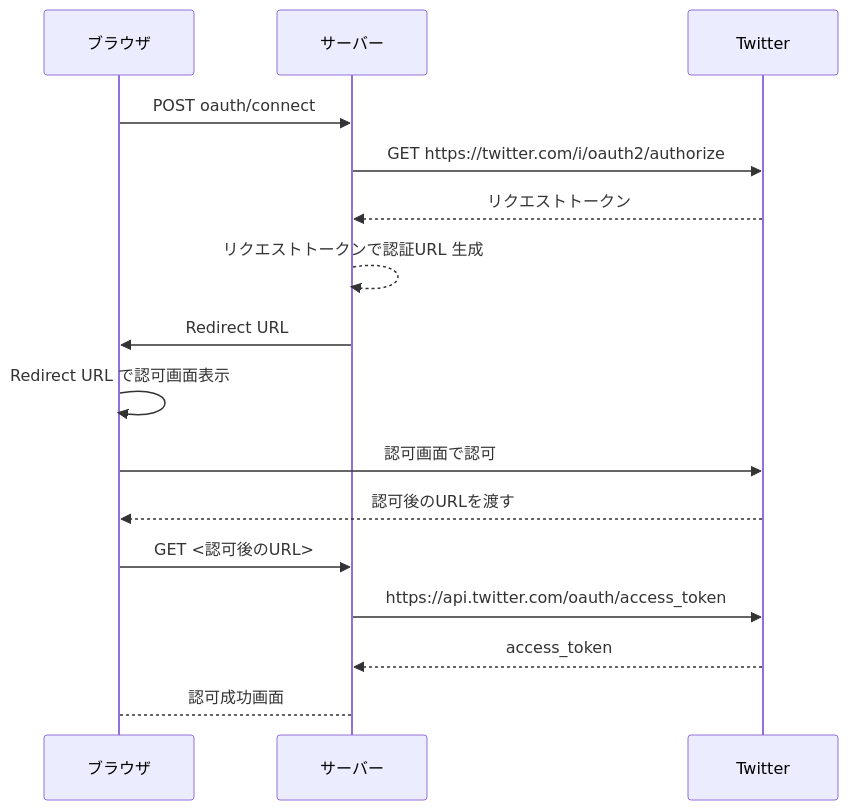
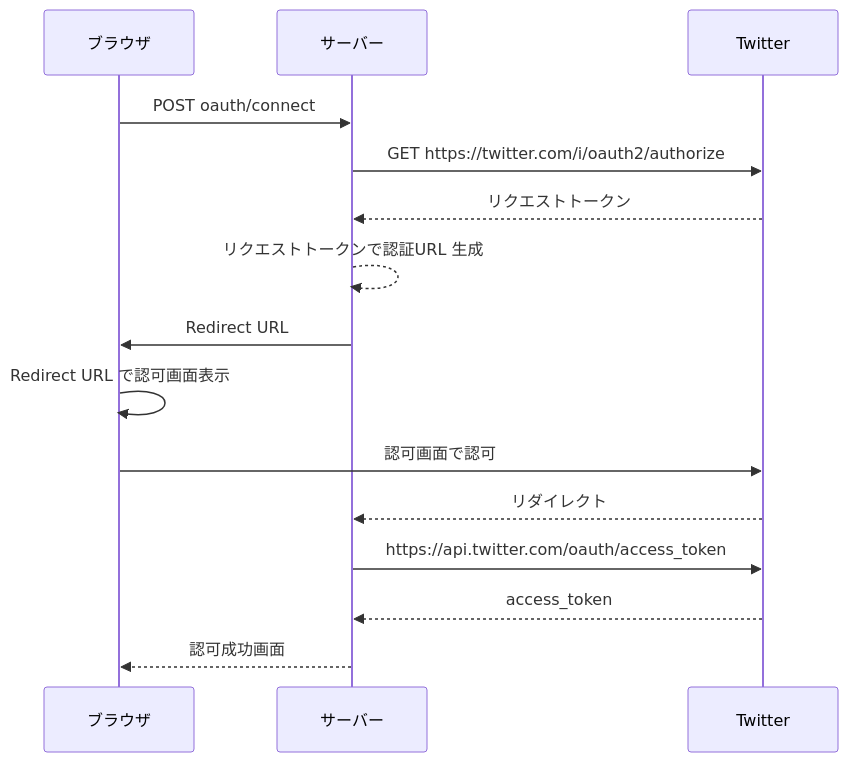
One commit to kitsystemyou/python-oauth2-token changed the diagram in detail_sequence.md. Above: the diagram before and after it, drawn with Mermaid. The commit also changed 19 other files, not shown here.

````diff
--- a/detail_sequence.md
+++ b/detail_sequence.md
@@ -1,18 +1,17 @@
 ```mermaid
 sequenceDiagram
 participant c as ブラウザ
 participant s as サーバー
 participant t as Twitter
     c->>s: POST oauth/connect
     s->>t: GET https://twitter.com/i/oauth2/authorize
     t-->>s: リクエストトークン
     s-->>s: リクエストトークンで認証URL 生成
     s->>c: Redirect URL
     c->>c: Redirect URL で認可画面表示
     c->>t: 認可画面で認可
-    t-->>c: 認可後のURLを渡す
-    c->>s: GET <認可後のURL>
+    t-->>s: リダイレクト
     s->>t: https://api.twitter.com/oauth/access_token
     t-->>s: access_token
-    s-->c: 認可成功画面
+    s-->>c: 認可成功画面
 ```
````
